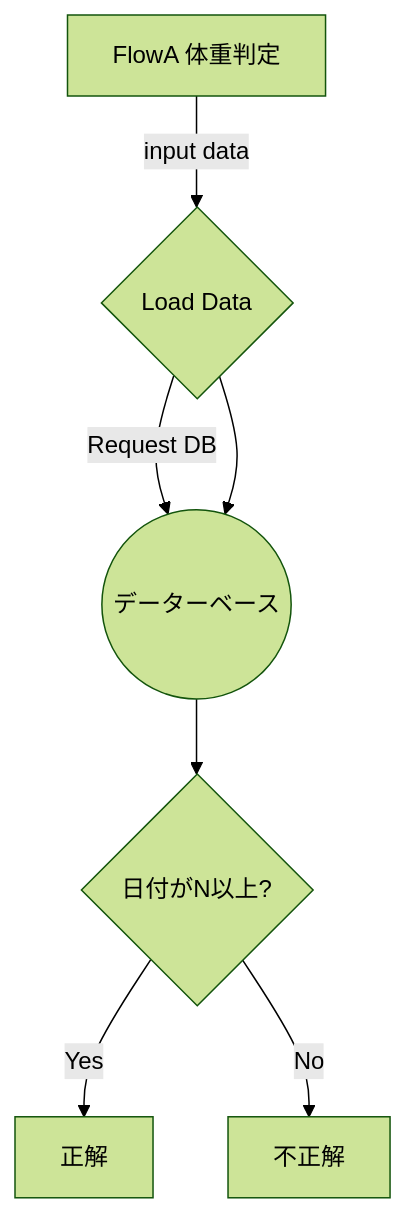
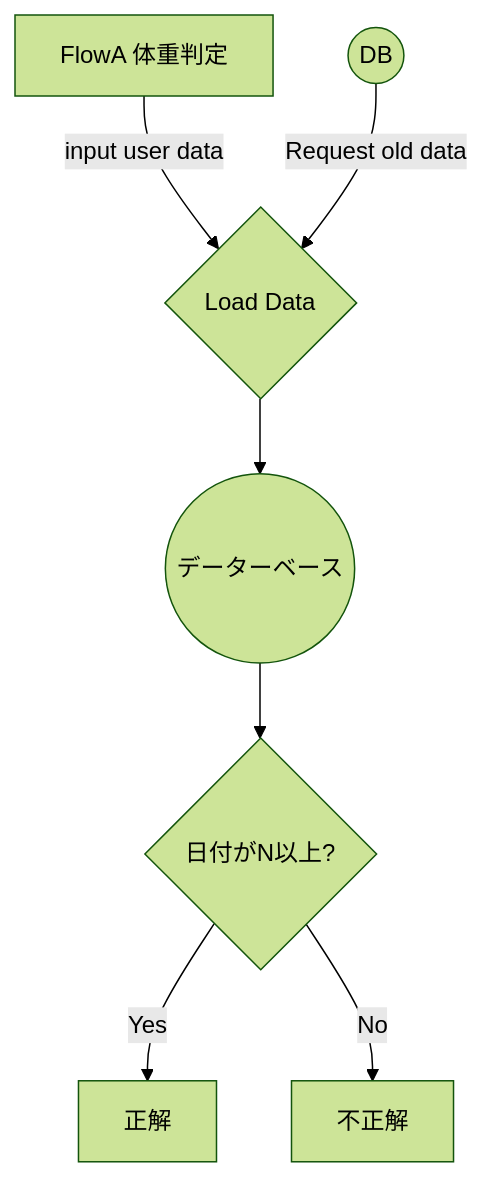
Before and after one commit to lamplusoka/train_Muscle: the second of 2 diagrams in flow.md, drawn with Mermaid (forest theme). The commit also changed other lines of this file, not shown here.

Commit message:
flow.md updated from https://stackedit.io/

````diff
--- a/flow.md
+++ b/flow.md
@@ -28,10 +28,10 @@
 ```mermaid
 graph TD
-Start[FlowA 体重判定] -- input data --> LoadData{Load Data}
-LoadData -- Request DB --> DB((DB))
-LoadData --> DB
-DB((データーベース))
-DB --> IF1{日付がN以上?}
+Start[FlowA 体重判定] -- input user data --> LoadData{Load Data}
+DB((DB)) -- Request old data --> LoadData
+LoadData --> DB2
+DB2((データーベース))
+DB2 --> IF1{日付がN以上?}
 IF1-- Yes --> OK[正解]
 IF1-- No --> NG[不正解]
 ```
````
